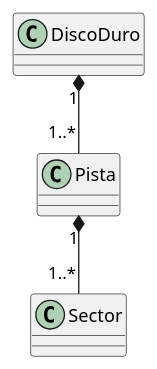
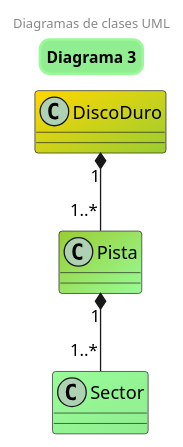
Before and after one commit to MagiaGatuna/IS-PRACTICAS: the diagram in docs/diagrams/ClassDiagrams/Diagrama3.plantuml, drawn with PlantUML. The commit also changed 2 other files, not shown here.

Commit message:
colores plantuml

```diff
--- a/docs/diagrams/ClassDiagrams/Diagrama3.plantuml
+++ b/docs/diagrams/ClassDiagrams/Diagrama3.plantuml
@@ -1,9 +1,24 @@
 @startuml Diagrama3
 ' 3. Un disco duro está formado por pistas, y las pistas están formadas por sectores 
-    class DiscoDuro { }
-    class Pista { }
-    class Sector { }
+    skinparam Title{
+    BorderRoundCorner 15
+    BorderThickness 2
+    fontsize 12
+    BorderColor Palegreen
+    BackgroundColor lightGreen
+    TitleFontColor DarkSlateGray
+}
+
+header 
+    Diagramas de clases UML
+endheader
+
+Title Diagrama 3
+    
+    class DiscoDuro #Gold/YellowGreen{ }
+    class Pista #YellowGreen/PaleGreen{ }
+    class Sector #PaleGreen/LightGreen { }
 
     DiscoDuro "1" *-- "1..*" Pista
     Pista "1" *-- "1..*" Sector
 @enduml
```
